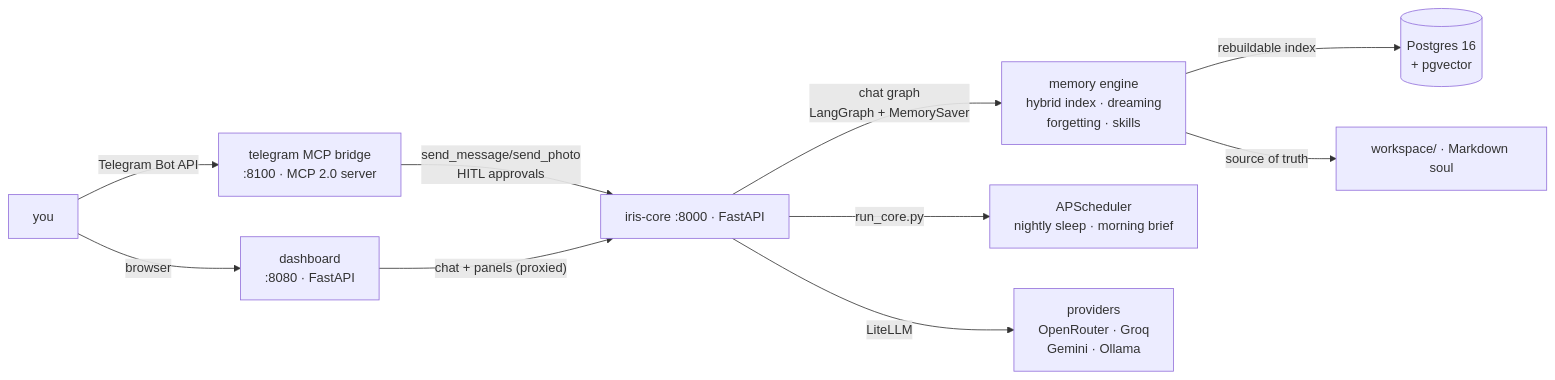
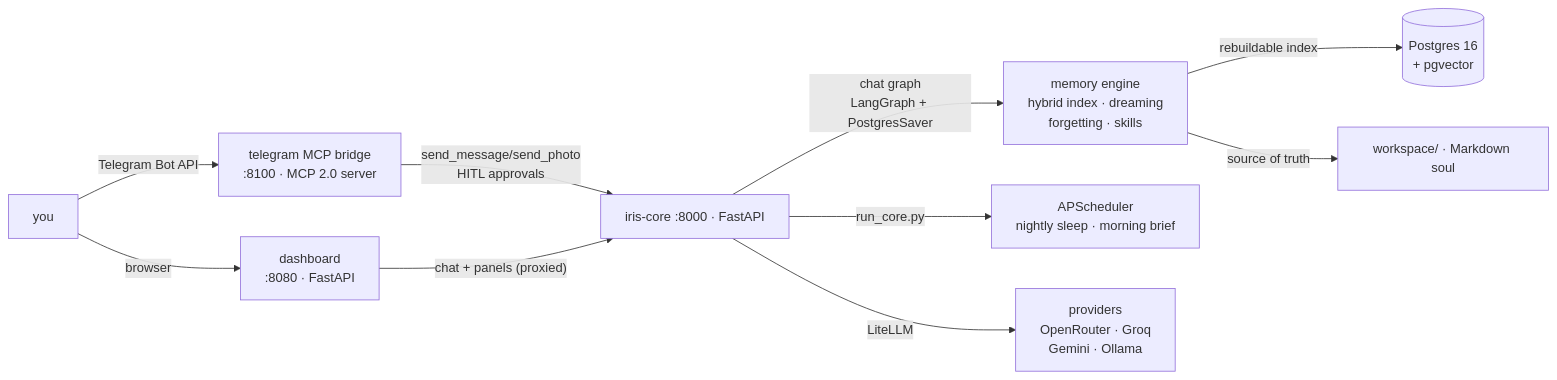
Before and after one commit to omhome16/Iris: the third of 3 diagrams in README.md, drawn with Mermaid. The commit also changed other lines of this file and 85 other files, not shown here.

````diff
--- a/README.md
+++ b/README.md
@@ -355,12 +432,12 @@
 ```mermaid
 flowchart LR
     U["you"] -->|"Telegram Bot API"| TG["telegram MCP bridge<br/>:8100 · MCP 2.0 server"]
     U -->|"browser"| DB["dashboard<br/>:8080 · FastAPI"]
     TG -->|"send_message/send_photo<br/>HITL approvals"| CORE["iris-core :8000 · FastAPI"]
     DB -->|"chat + panels (proxied)"| CORE
-    CORE -->|"chat graph<br/>LangGraph + MemorySaver"| MEM["memory engine<br/>hybrid index · dreaming<br/>forgetting · skills"]
+    CORE -->|"chat graph<br/>LangGraph + PostgresSaver"| MEM["memory engine<br/>hybrid index · dreaming<br/>forgetting · skills"]
     CORE -->|"run_core.py"| S["APScheduler<br/>nightly sleep · morning brief"]
     MEM -->|"rebuildable index"| PG[("Postgres 16<br/>+ pgvector")]
     MEM -->|"source of truth"| FS["workspace/ · Markdown soul"]
     CORE -->|"LiteLLM"| LLM["providers<br/>OpenRouter · Groq<br/>Gemini · Ollama"]
 ```
````
